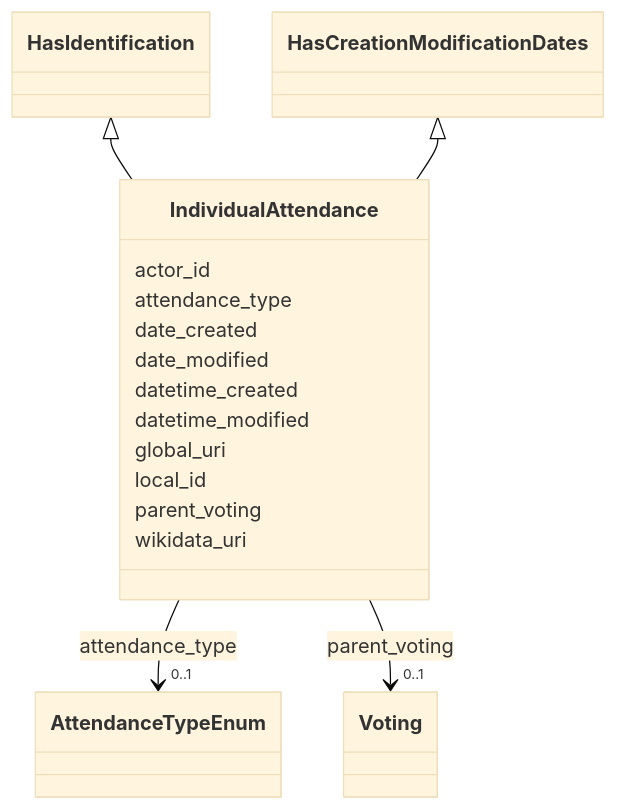
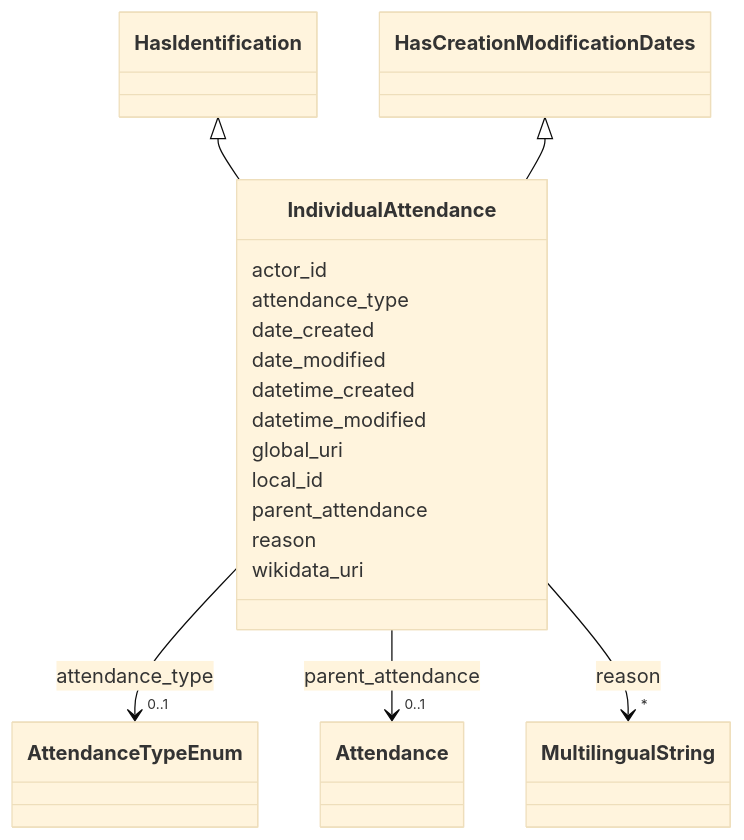
One commit to swiss/political-affairs-ech-group changed the diagram in ech-0293_operations/output/docs/IndividualAttendance.md. Above: the diagram before and after it, drawn with Mermaid (base theme). The commit also changed other lines of this file and 65 other files, not shown here.

````diff
--- a/ech-0293_operations/output/docs/IndividualAttendance.md
+++ b/ech-0293_operations/output/docs/IndividualAttendance.md
@@ -22,49 +22,60 @@
 ```mermaid
  classDiagram
     class IndividualAttendance
     click IndividualAttendance href "../IndividualAttendance/"
       HasIdentification <|-- IndividualAttendance
         click HasIdentification href "../HasIdentification/"
       HasCreationModificationDates <|-- IndividualAttendance
         click HasCreationModificationDates href "../HasCreationModificationDates/"
       
       IndividualAttendance : actor_id
         
       IndividualAttendance : attendance_type
         
           
     
         
         
         IndividualAttendance --> "0..1" AttendanceTypeEnum : attendance_type
         click AttendanceTypeEnum href "../AttendanceTypeEnum/"
     
 
         
       IndividualAttendance : date_created
         
       IndividualAttendance : date_modified
         
       IndividualAttendance : datetime_created
         
       IndividualAttendance : datetime_modified
         
       IndividualAttendance : global_uri
         
       IndividualAttendance : local_id
         
-      IndividualAttendance : parent_voting
+      IndividualAttendance : parent_attendance
         
           
     
         
         
-        IndividualAttendance --> "0..1" Voting : parent_voting
-        click Voting href "../Voting/"
+        IndividualAttendance --> "0..1" Attendance : parent_attendance
+        click Attendance href "../Attendance/"
+    
+
+        
+      IndividualAttendance : reason
+        
+          
+    
+        
+        
+        IndividualAttendance --> "*" MultilingualString : reason
+        click MultilingualString href "../MultilingualString/"
     
 
         
       IndividualAttendance : wikidata_uri
         
       
 ```
````
